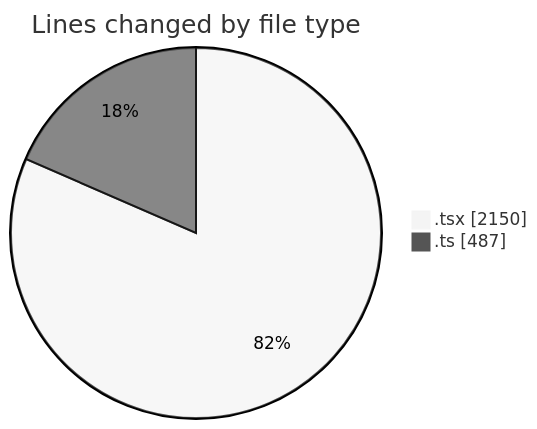
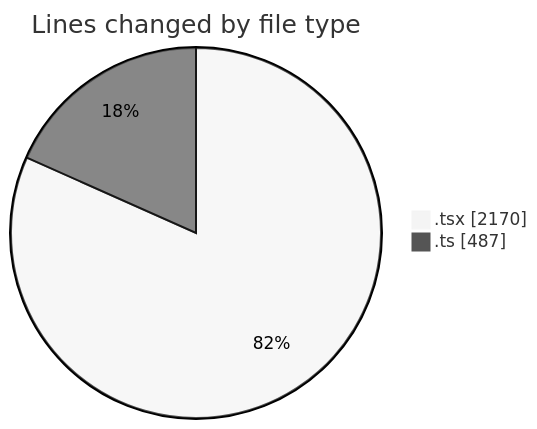
One commit to nxtqubesakshisongat/code-tracking changed the first of 2 diagrams in 2026-03-31/nxtqube_webapp/README.md. Above: the diagram before and after it, drawn with Mermaid (neutral theme). The commit also changed other lines of this file and 1 other file, not shown here.

````diff
--- a/2026-03-31/nxtqube_webapp/README.md
+++ b/2026-03-31/nxtqube_webapp/README.md
@@ -23,6 +23,6 @@
 ```mermaid
 pie showData
 title Lines changed by file type
-".tsx" : 2150
+".tsx" : 2170
 ".ts" : 487
 ```
````
